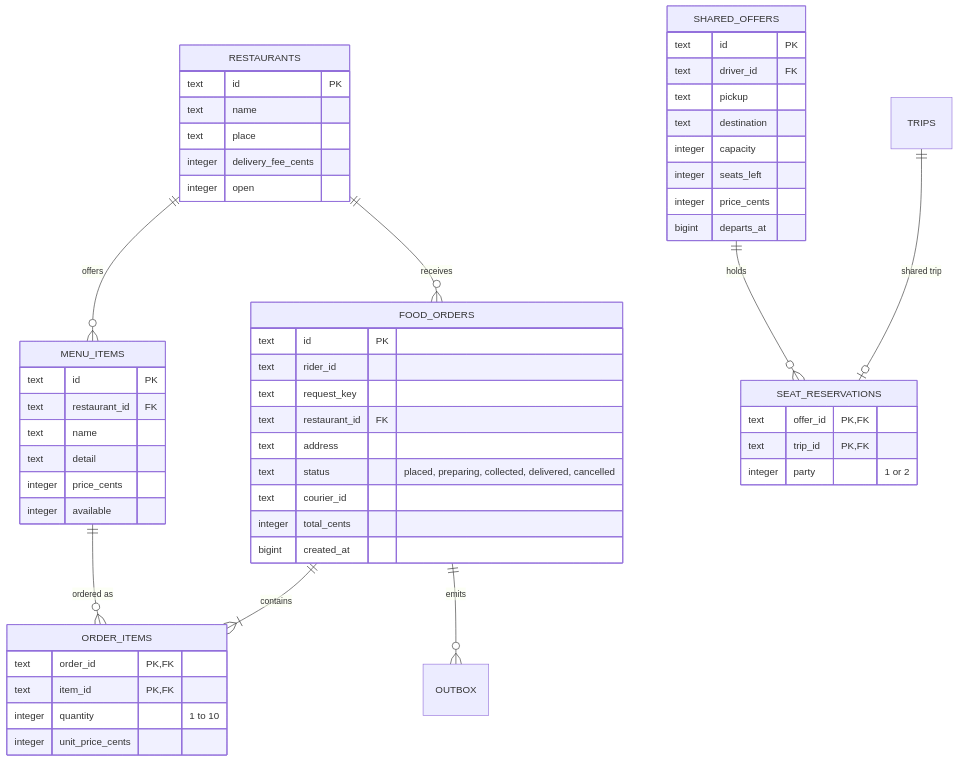
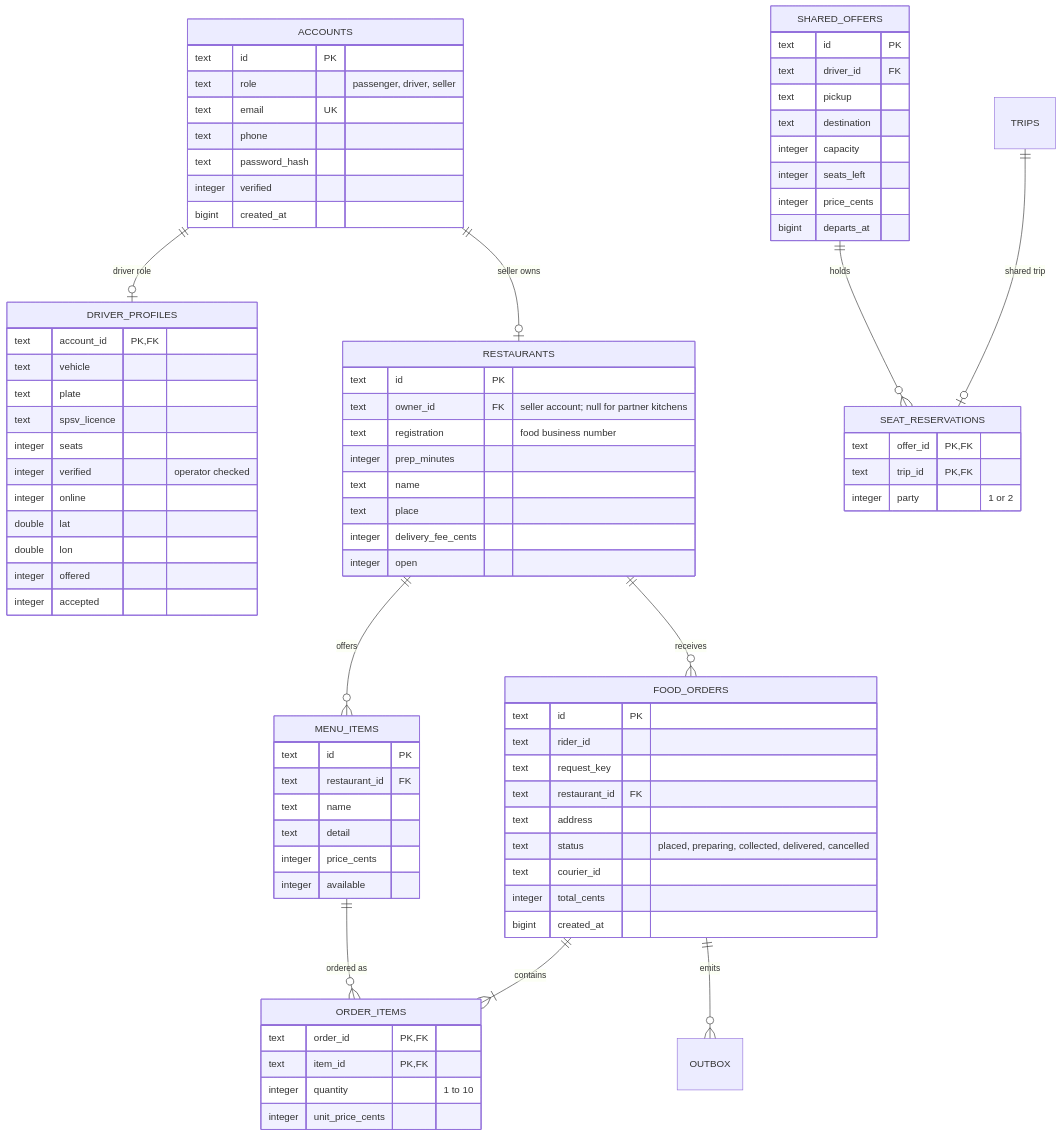
Before and after one commit to FUllSCIPTS/ATLAS: diagram 24 of 24 in architecture-explorer/starter/docs/UML_BLUEPRINT.md, drawn with Mermaid. The commit also changed other lines of this file and 1 other file, not shown here.

Commit message:
UML blueprint: ATLAS Go 1.2.0 (accounts, live map, six on-device models)

````diff
--- a/architecture-explorer/starter/docs/UML_BLUEPRINT.md
+++ b/architecture-explorer/starter/docs/UML_BLUEPRINT.md
@@ -948,5 +1163,29 @@
 ```mermaid
 erDiagram
+    ACCOUNTS ||--o| DRIVER_PROFILES : "driver role"
+    ACCOUNTS ||--o| RESTAURANTS : "seller owns"
+    ACCOUNTS {
+        text id PK
+        text role "passenger, driver, seller"
+        text email UK
+        text phone
+        text password_hash
+        integer verified
+        bigint created_at
+    }
+    DRIVER_PROFILES {
+        text account_id PK, FK
+        text vehicle
+        text plate
+        text spsv_licence
+        integer seats
+        integer verified "operator checked"
+        integer online
+        double lat
+        double lon
+        integer offered
+        integer accepted
+    }
     RESTAURANTS ||--o{ MENU_ITEMS : offers
     RESTAURANTS ||--o{ FOOD_ORDERS : receives
     FOOD_ORDERS ||--|{ ORDER_ITEMS : contains
@@ -956,6 +1195,9 @@
     TRIPS ||--o| SEAT_RESERVATIONS : "shared trip"
     RESTAURANTS {
         text id PK
+        text owner_id FK "seller account; null for partner kitchens"
+        text registration "food business number"
+        integer prep_minutes
         text name
         text place
         integer delivery_fee_cents
````
